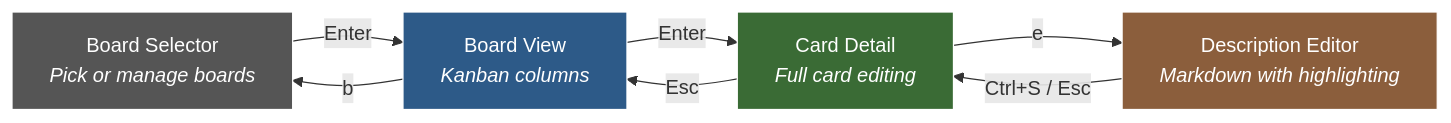
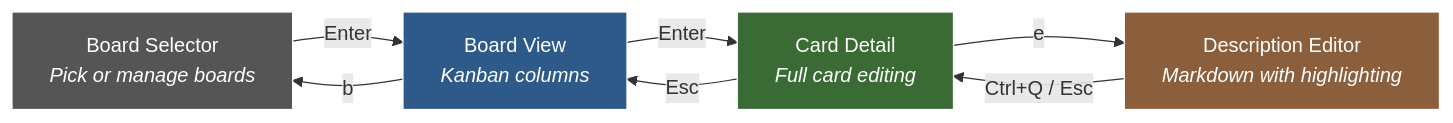
Before and after one commit to waschmittel/tct: the fourth of 6 diagrams in docs/user-guide.md, drawn with Mermaid. The commit also changed other lines of this file and 7 other files, not shown here.

````diff
--- a/docs/user-guide.md
+++ b/docs/user-guide.md
@@ -191,19 +191,19 @@
 ```mermaid
 flowchart LR
     BS["Board Selector<br><i>Pick or manage boards</i>"]
     BV["Board View<br><i>Kanban columns</i>"]
     CD["Card Detail<br><i>Full card editing</i>"]
     DE["Description Editor<br><i>Markdown with highlighting</i>"]
 
     BS -->|Enter| BV
     BV -->|Enter| CD
     CD -->|e| DE
-    DE -->|Ctrl+S / Esc| CD
+    DE -->|Ctrl+Q / Esc| CD
     CD -->|Esc| BV
     BV -->|b| BS
 
     style BS fill:#555,stroke:#fff,color:#fff
     style BV fill:#2d5a88,stroke:#fff,color:#fff
     style CD fill:#3a6b35,stroke:#fff,color:#fff
     style DE fill:#8b5e3c,stroke:#fff,color:#fff
 ```
````
